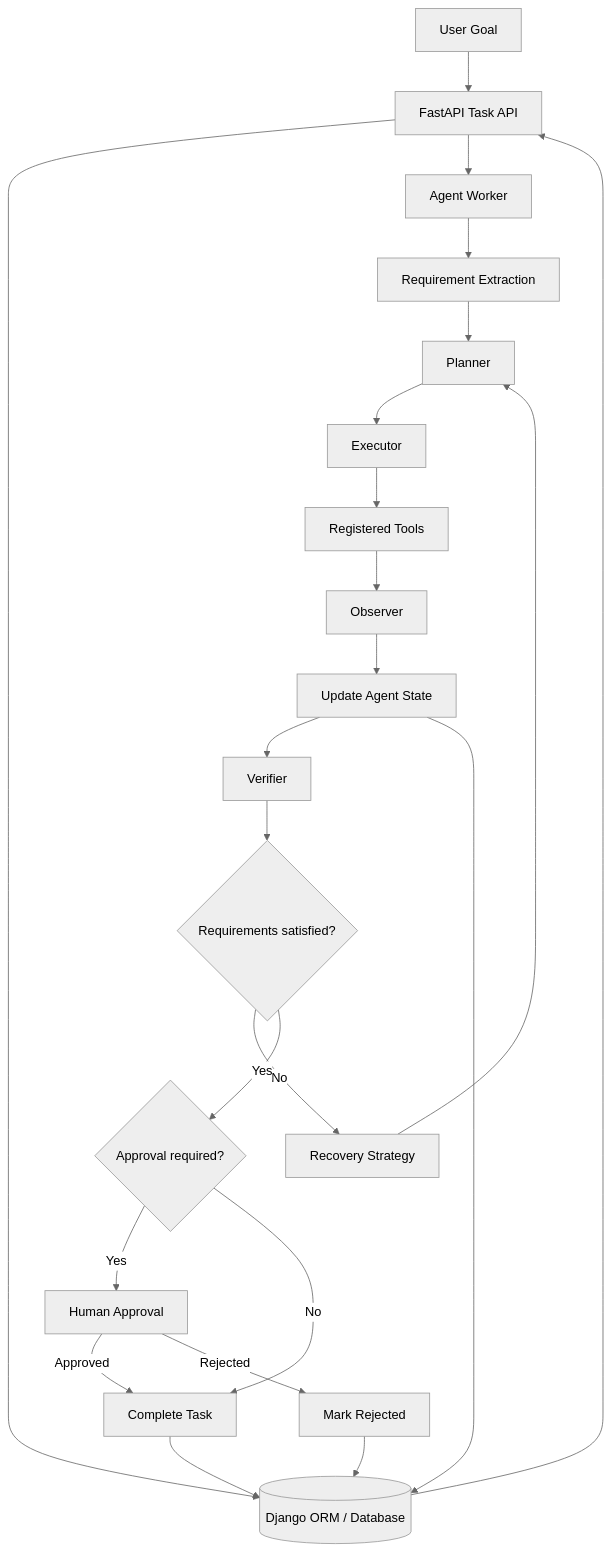
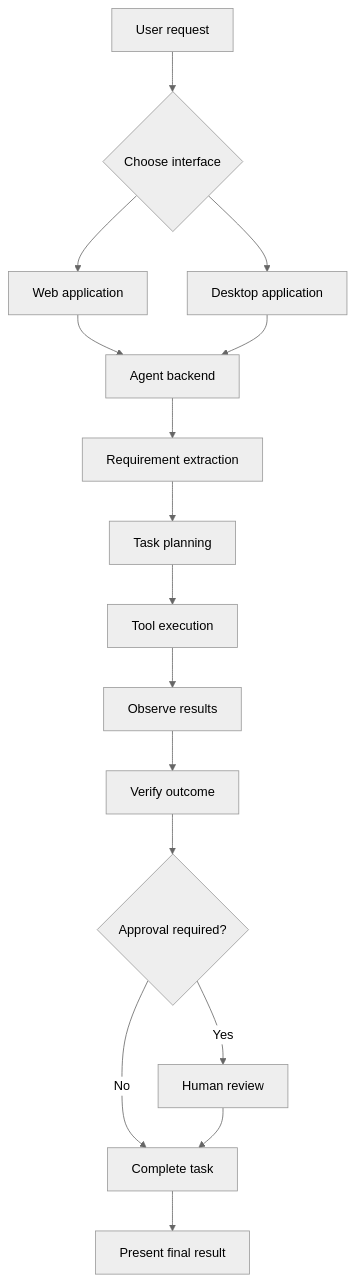
Before and after one commit to Anwesha-TU/Taskpilot: the diagram in README.md, drawn with Mermaid (neutral theme). The commit also changed other lines of this file and 2 other files, not shown here.

````diff
--- a/README.md
+++ b/README.md
@@ -41,25 +55,18 @@
 ```mermaid
 flowchart TD
-    U[User Goal] --> API[FastAPI Task API]
-    API --> DB[(Django ORM / Database)]
-    API --> W[Agent Worker]
-    W --> R[Requirement Extraction]
-    R --> P[Planner]
-    P --> E[Executor]
-    E --> T[Registered Tools]
-    T --> O[Observer]
-    O --> S[Update Agent State]
-    S --> V[Verifier]
-    V --> D{Requirements satisfied?}
-    D -- No --> REC[Recovery Strategy]
-    REC --> P
-    D -- Yes --> A{Approval required?}
-    A -- Yes --> H[Human Approval]
-    H -- Approved --> C[Complete Task]
-    H -- Rejected --> X[Mark Rejected]
-    A -- No --> C
-    S --> DB
-    C --> DB
-    X --> DB
-    DB --> API
+    U[User request] --> I{Choose interface}
+    I --> W[Web application]
+    I --> D[Desktop application]
+    W --> B[Agent backend]
+    D --> B
+    B --> R[Requirement extraction]
+    R --> P[Task planning]
+    P --> E[Tool execution]
+    E --> O[Observe results]
+    O --> V[Verify outcome]
+    V --> H{Approval required?}
+    H -- Yes --> A[Human review]
+    H -- No --> C[Complete task]
+    A --> C
+    C --> F[Present final result]
 ```
````
